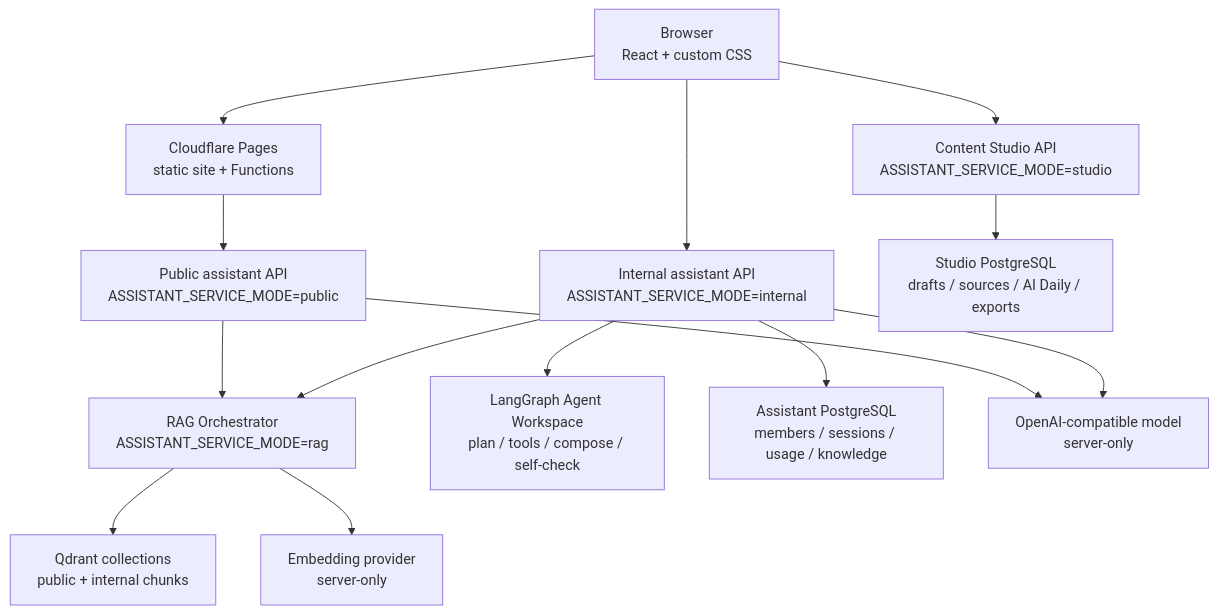
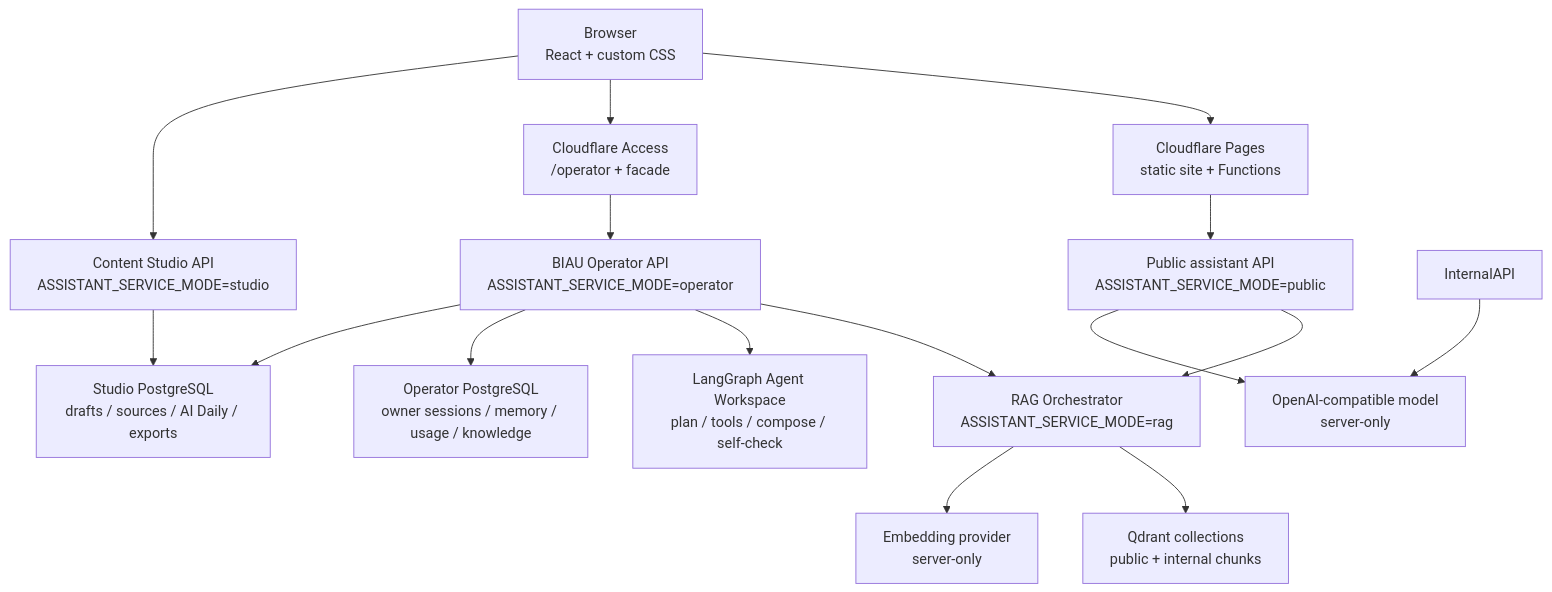
The diagram in README.md (Drew-Z/biau), drawn with Mermaid before and after one commit. The commit also changed other lines of this file and 84 other files, not shown here.

Commit message:
feat: replace internal assistant with site operator

````diff
--- a/README.md
+++ b/README.md
@@ -90,16 +91,18 @@
 ```mermaid
 flowchart TB
   Browser["Browser\nReact + custom CSS"] --> Pages["Cloudflare Pages\nstatic site + Functions"]
   Pages --> PublicAPI["Public assistant API\nASSISTANT_SERVICE_MODE=public"]
-  Browser --> InternalAPI["Internal assistant API\nASSISTANT_SERVICE_MODE=internal"]
+  Browser --> Access["Cloudflare Access\n/operator + facade"]
   Browser --> StudioAPI["Content Studio API\nASSISTANT_SERVICE_MODE=studio"]
   PublicAPI --> RAG["RAG Orchestrator\nASSISTANT_SERVICE_MODE=rag"]
-  InternalAPI --> RAG
-  InternalAPI --> LangGraph["LangGraph Agent Workspace\nplan / tools / compose / self-check"]
-  InternalAPI --> AppDB["Assistant PostgreSQL\nmembers / sessions / usage / knowledge"]
+  Access --> OperatorAPI["BIAU Operator API\nASSISTANT_SERVICE_MODE=operator"]
+  OperatorAPI --> RAG
+  OperatorAPI --> LangGraph["LangGraph Agent Workspace\nplan / tools / compose / self-check"]
+  OperatorAPI --> AppDB["Operator PostgreSQL\nowner sessions / memory / usage / knowledge"]
+  OperatorAPI --> StudioDB
   StudioAPI --> StudioDB["Studio PostgreSQL\ndrafts / sources / AI Daily / exports"]
   RAG --> Qdrant["Qdrant collections\npublic + internal chunks"]
   RAG --> Embedding["Embedding provider\nserver-only"]
   PublicAPI --> Model["OpenAI-compatible model\nserver-only"]
   InternalAPI --> Model
 ```
````
